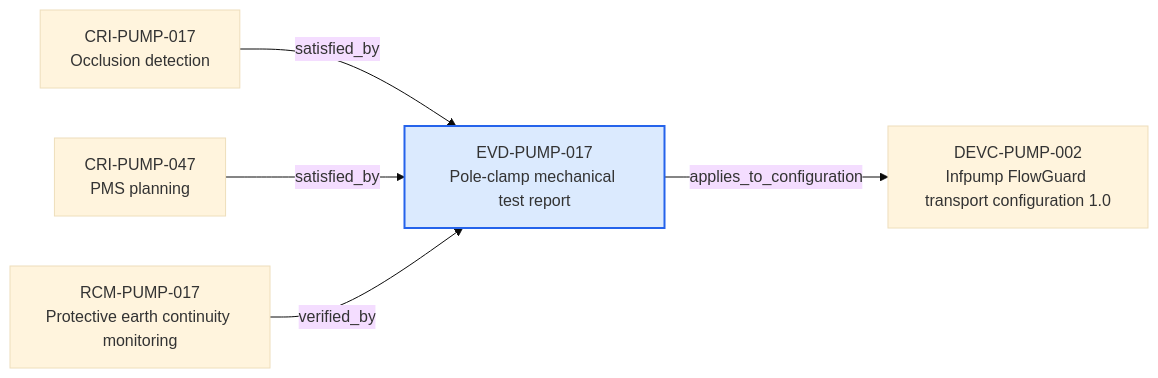
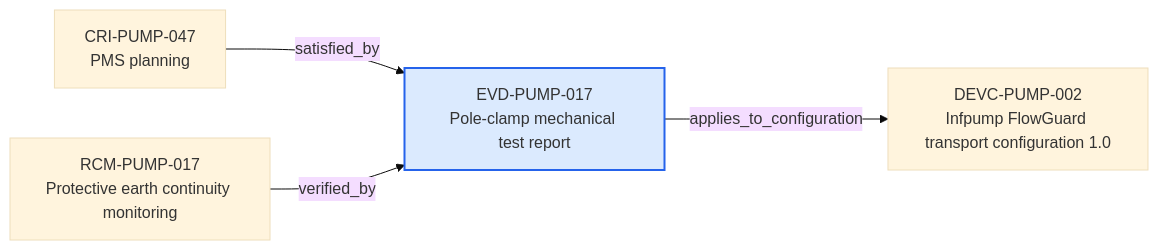
The diagram in content/06-Infpump FlowGuard ontology notes/verification-evidence/EVD-PUMP-017-pole-clamp-mechanical-test-report.md (mvattulainen/mdrontology), drawn with Mermaid (base theme) before and after one commit. The commit also changed other lines of this file and 321 other files, not shown here.

Commit message:
Implement Mermaid ontology audit findings

````diff
--- a/content/06-Infpump FlowGuard ontology notes/verification-evidence/EVD-PUMP-017-pole-clamp-mechanical-test-report.md
+++ b/content/06-Infpump FlowGuard ontology notes/verification-evidence/EVD-PUMP-017-pole-clamp-mechanical-test-report.md
@@ -73,14 +73,12 @@
 ```mermaid
 flowchart LR
   CURRENT["EVD-PUMP-017<br/>Pole-clamp mechanical test report"]
-  PREV0["CRI-PUMP-017<br/>Occlusion detection"]
+  PREV0["CRI-PUMP-047<br/>PMS planning"]
   PREV0 -->|"satisfied_by"| CURRENT
-  PREV1["CRI-PUMP-047<br/>PMS planning"]
-  PREV1 -->|"satisfied_by"| CURRENT
-  PREV2["RCM-PUMP-017<br/>Protective earth continuity monitoring"]
-  PREV2 -->|"verified_by"| CURRENT
+  PREV1["RCM-PUMP-017<br/>Protective earth continuity monitoring"]
+  PREV1 -->|"verified_by"| CURRENT
   NEXT0["DEVC-PUMP-002<br/>Infpump FlowGuard transport configuration 1.0"]
   CURRENT -->|"applies_to_configuration"| NEXT0
   classDef current fill:#dbeafe,stroke:#2563eb,stroke-width:2px
   class CURRENT current
 ```
````
